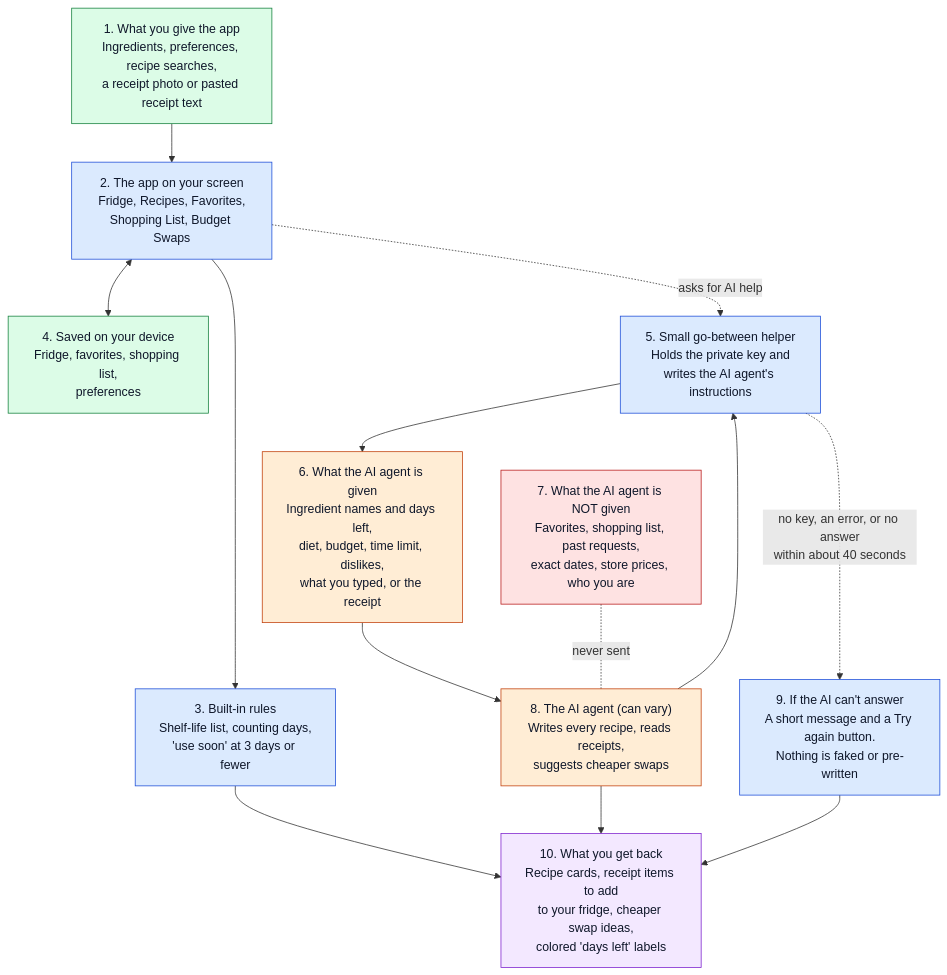
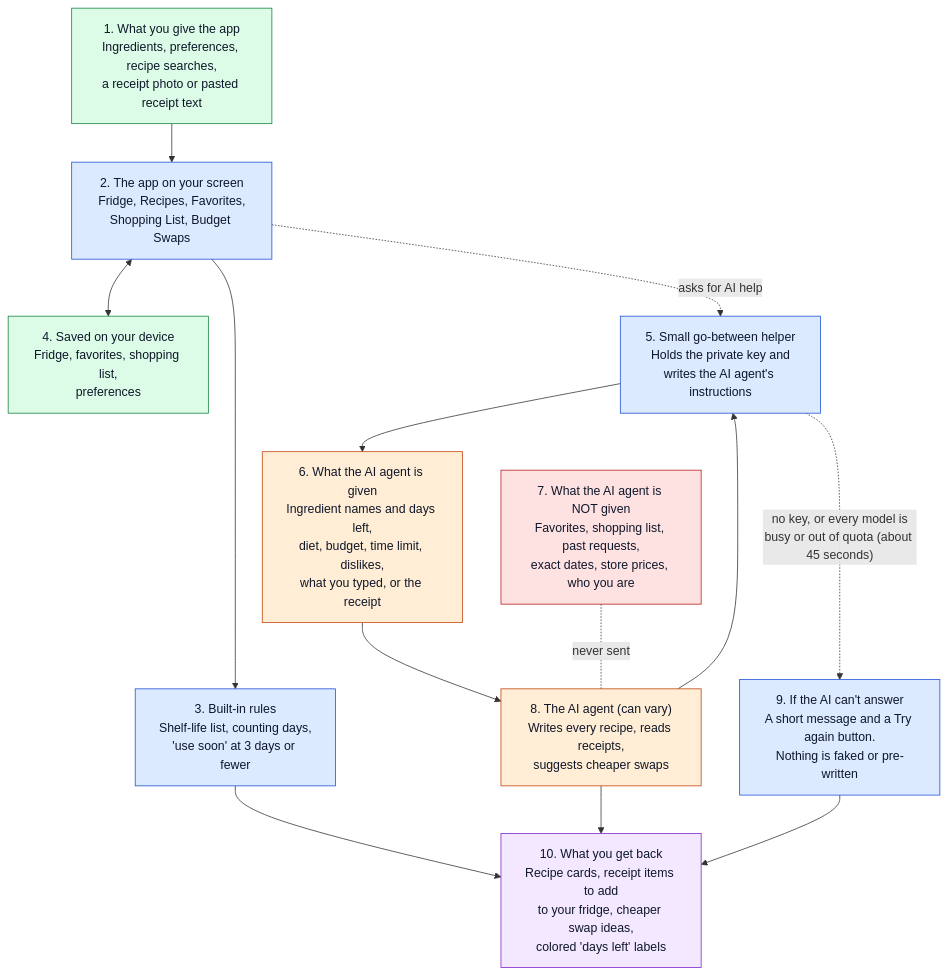
Before and after one commit to Sn3ha07/recipe_app: the diagram in docs/system-diagram.md, drawn with Mermaid. The commit also changed other lines of this file and 5 other files, not shown here.

Commit message:
Try several Gemini models in turn so busy or out-of-quota errors are rare

````diff
--- a/docs/system-diagram.md
+++ b/docs/system-diagram.md
@@ -5,37 +5,37 @@
 ```mermaid
 flowchart TD
     A["1. What you give the app<br/>Ingredients, preferences, recipe searches,<br/>a receipt photo or pasted receipt text"]
     B["2. The app on your screen<br/>Fridge, Recipes, Favorites,<br/>Shopping List, Budget Swaps"]
     C["3. Built-in rules<br/>Shelf-life list, counting days,<br/>'use soon' at 3 days or fewer"]
     E["4. Saved on your device<br/>Fridge, favorites, shopping list,<br/>preferences"]
     F["5. Small go-between helper<br/>Holds the private key and<br/>writes the AI agent's instructions"]
     H["6. What the AI agent is given<br/>Ingredient names and days left,<br/>diet, budget, time limit, dislikes,<br/>what you typed, or the receipt"]
     I["7. What the AI agent is NOT given<br/>Favorites, shopping list, past requests,<br/>exact dates, store prices, who you are"]
     G["8. The AI agent (can vary)<br/>Writes every recipe, reads receipts,<br/>suggests cheaper swaps"]
     J["9. If the AI can't answer<br/>A short message and a Try again button.<br/>Nothing is faked or pre-written"]
     K["10. What you get back<br/>Recipe cards, receipt items to add<br/>to your fridge, cheaper swap ideas,<br/>colored 'days left' labels"]
 
     A --> B
     B --> C
     B <--> E
     B -. "asks for AI help" .-> F
     F --> H
     H --> G
     I -. "never sent" .- G
     G --> F
-    F -. "no key, an error, or no answer<br/>within about 40 seconds" .-> J
+    F -. "no key, or every model is<br/>busy or out of quota (about 45 seconds)" .-> J
     C --> K
     G --> K
     J --> K
 
     classDef same fill:#dbeafe,stroke:#1d4ed8,color:#0f172a;
     classDef ai fill:#ffedd5,stroke:#c2410c,color:#0f172a;
     classDef info fill:#dcfce7,stroke:#15803d,color:#0f172a;
     classDef out fill:#f3e8ff,stroke:#7e22ce,color:#0f172a;
     classDef blocked fill:#fee2e2,stroke:#b91c1c,color:#0f172a;
     class A,E info;
     class B,C,F,J same;
     class G,H ai;
     class I blocked;
     class K out;
 ```
````
